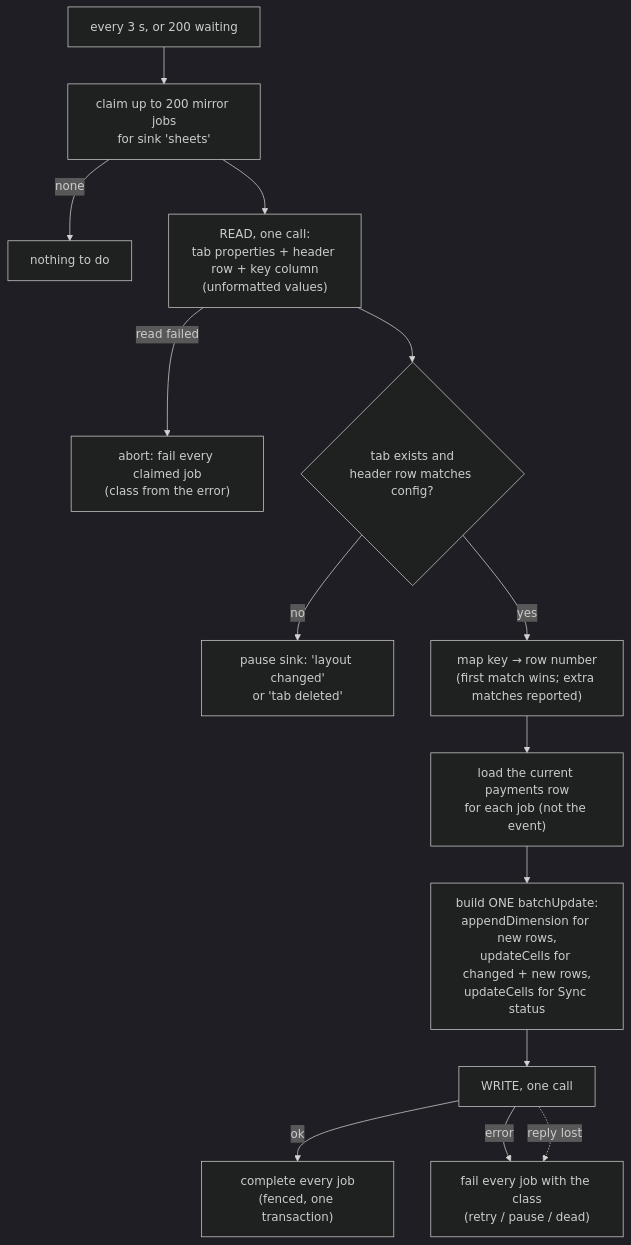
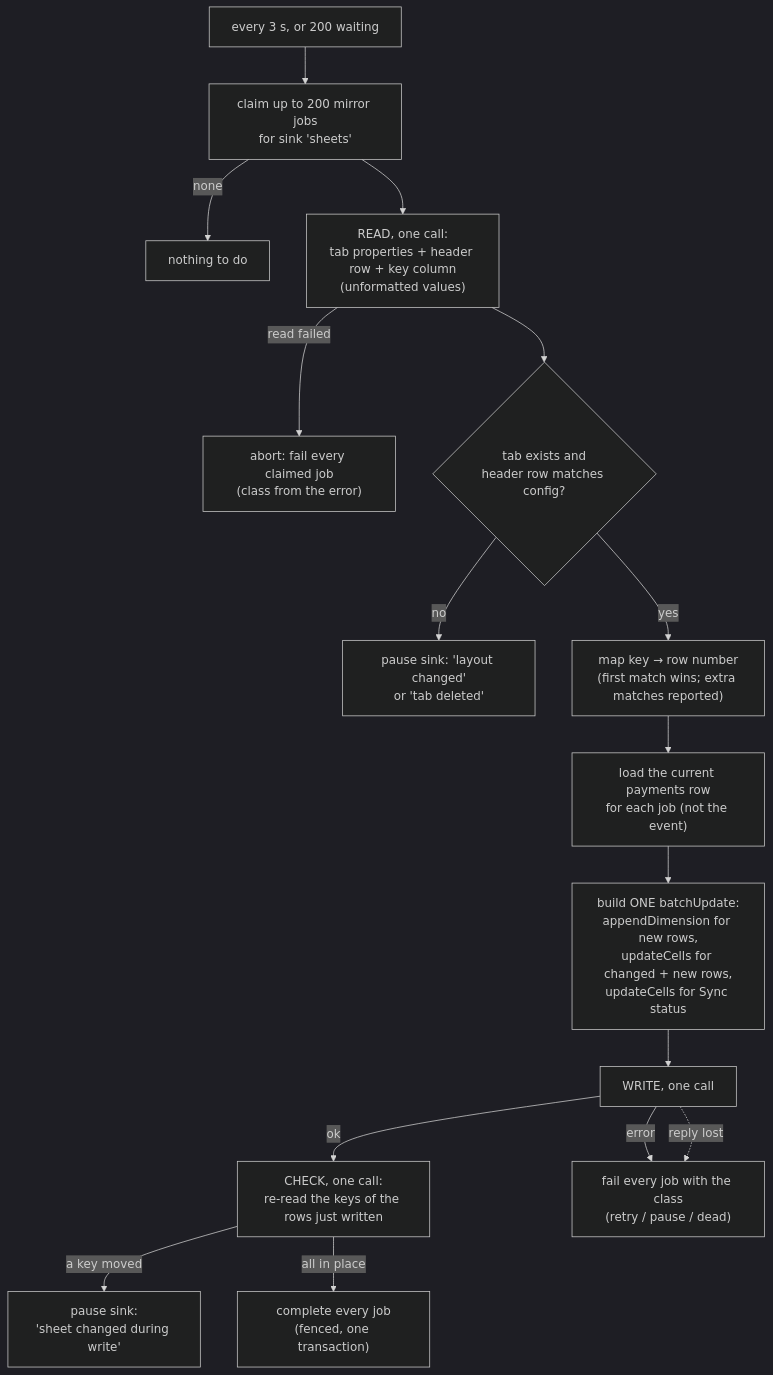
Before and after one commit to lalitkarthik/webhook-sync: the first of 2 diagrams in docs/design/sheets-sink.md, drawn with Mermaid (dark theme). The commit also changed other lines of this file and 4 other files, not shown here.

````diff
--- a/docs/design/sheets-sink.md
+++ b/docs/design/sheets-sink.md
@@ -27,16 +27,18 @@
 ```mermaid
 flowchart TD
   T["every 3 s, or 200 waiting"] --> CL["claim up to 200 mirror jobs<br/>for sink 'sheets'"]
   CL -- none --> IDLE["nothing to do"]
   CL --> RD["READ, one call:<br/>tab properties + header row + key column<br/>(unformatted values)"]
   RD -- "read failed" --> AB["abort: fail every claimed job<br/>(class from the error)"]
   RD --> HC{"tab exists and<br/>header row matches config?"}
   HC -- no --> PA["pause sink: 'layout changed'<br/>or 'tab deleted'"]
   HC -- yes --> MAP["map key → row number<br/>(first match wins; extra matches reported)"]
   MAP --> LD["load the current payments row<br/>for each job (not the event)"]
   LD --> BLD["build ONE batchUpdate:<br/>appendDimension for new rows,<br/>updateCells for changed + new rows,<br/>updateCells for Sync status"]
   BLD --> WR["WRITE, one call"]
-  WR -- ok --> DONE["complete every job<br/>(fenced, one transaction)"]
+  WR -- ok --> CHK["CHECK, one call:<br/>re-read the keys of the rows just written"]
+  CHK -- "a key moved" --> PB["pause sink:<br/>'sheet changed during write'"]
+  CHK -- "all in place" --> DONE["complete every job<br/>(fenced, one transaction)"]
   WR -- "error" --> FAIL["fail every job with the class<br/>(retry / pause / dead)"]
   WR -. "reply lost" .-> FAIL
 ```
````
